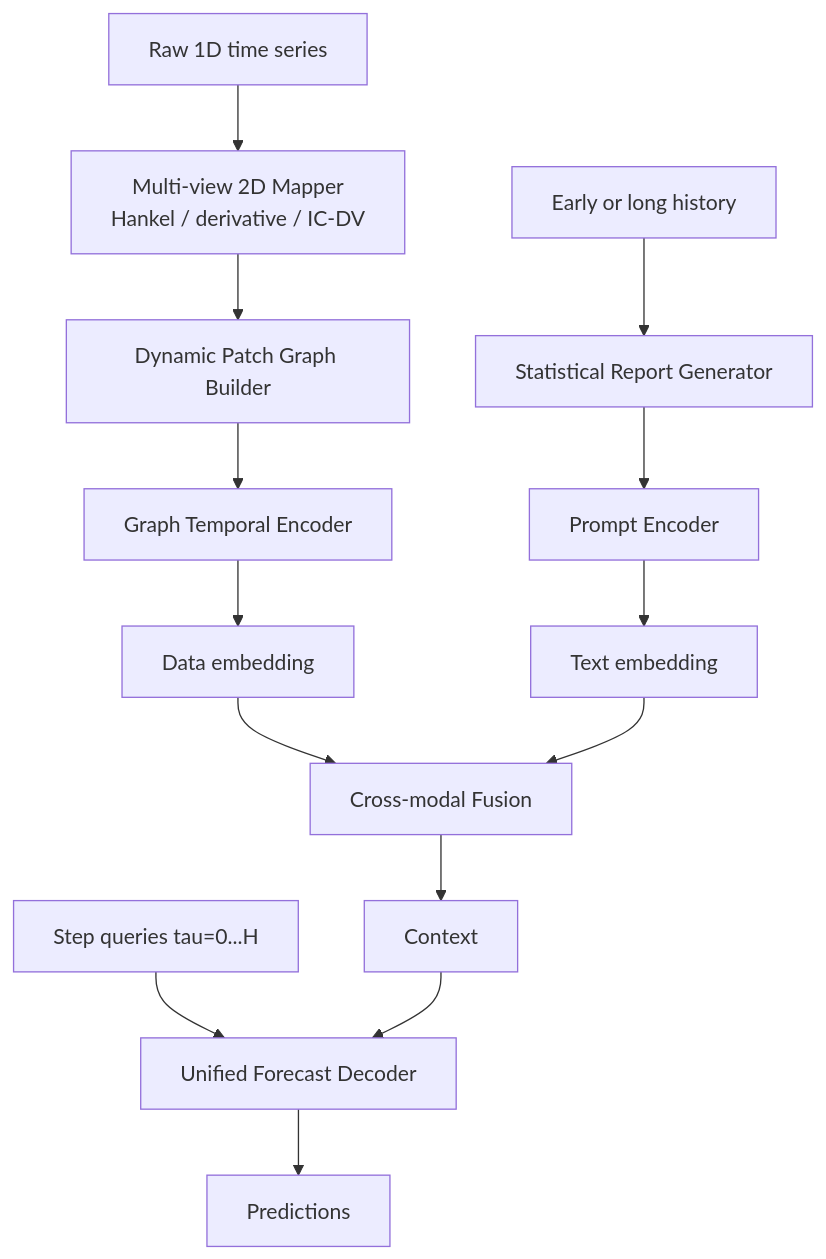
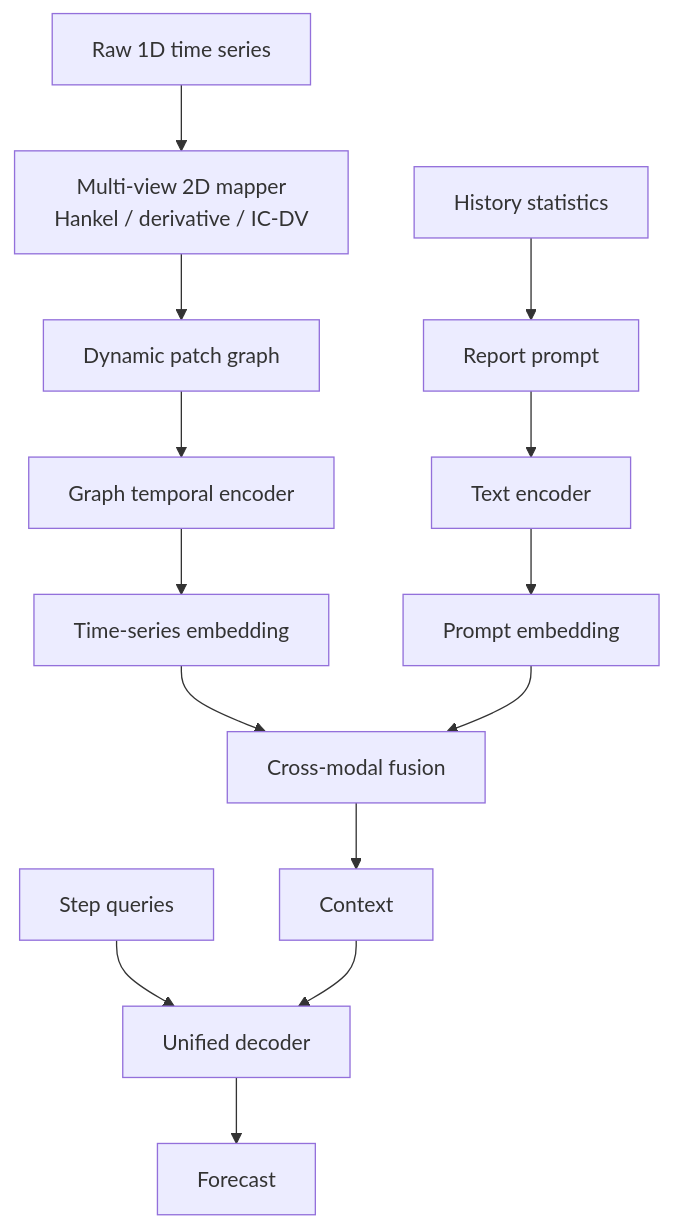
Before and after one commit to sleepdog1234356/GraphReportTS: the diagram in README.md, drawn with Mermaid. The commit also changed other lines of this file and 26 other files, not shown here.

Commit message:
Prepare GraphReportTS public release

````diff
--- a/README.md
+++ b/README.md
@@ -17,19 +14,16 @@
 ```mermaid
 flowchart TD
-    A["Raw 1D time series"] --> B["Multi-view 2D Mapper<br/>Hankel / derivative / IC-DV"]
-    B --> C["Dynamic Patch Graph Builder"]
-    C --> D["Graph Temporal Encoder"]
-    D --> E["Data embedding"]
-
-    F["Early or long history"] --> G["Statistical Report Generator"]
-    G --> H["Prompt Encoder"]
-    H --> I["Text embedding"]
-
-    E --> J["Cross-modal Fusion"]
+    A["Raw 1D time series"] --> B["Multi-view 2D mapper<br/>Hankel / derivative / IC-DV"]
+    B --> C["Dynamic patch graph"]
+    C --> D["Graph temporal encoder"]
+    D --> E["Time-series embedding"]
+    F["History statistics"] --> G["Report prompt"]
+    G --> H["Text encoder"]
+    H --> I["Prompt embedding"]
+    E --> J["Cross-modal fusion"]
     I --> J
     J --> K["Context"]
-
-    L["Step queries tau=0...H"] --> M["Unified Forecast Decoder"]
+    L["Step queries"] --> M["Unified decoder"]
     K --> M
-    M --> N["Predictions"]
+    M --> N["Forecast"]
 ```
````
